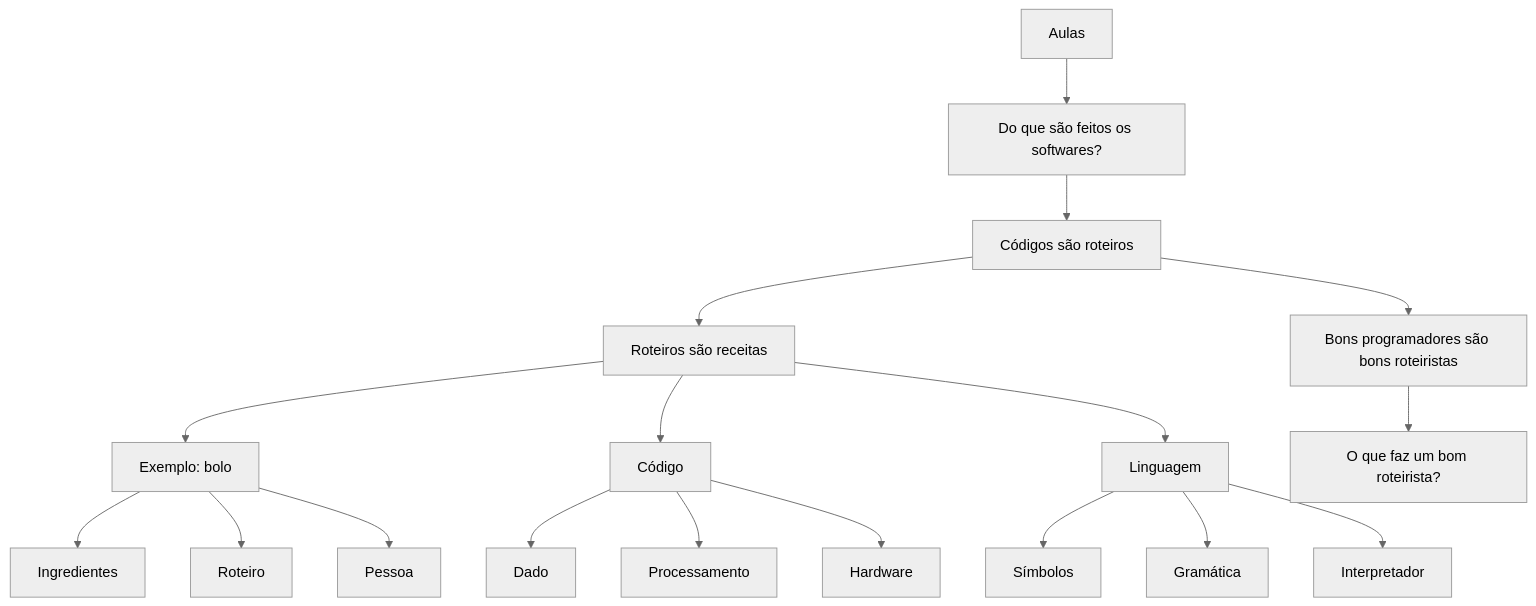
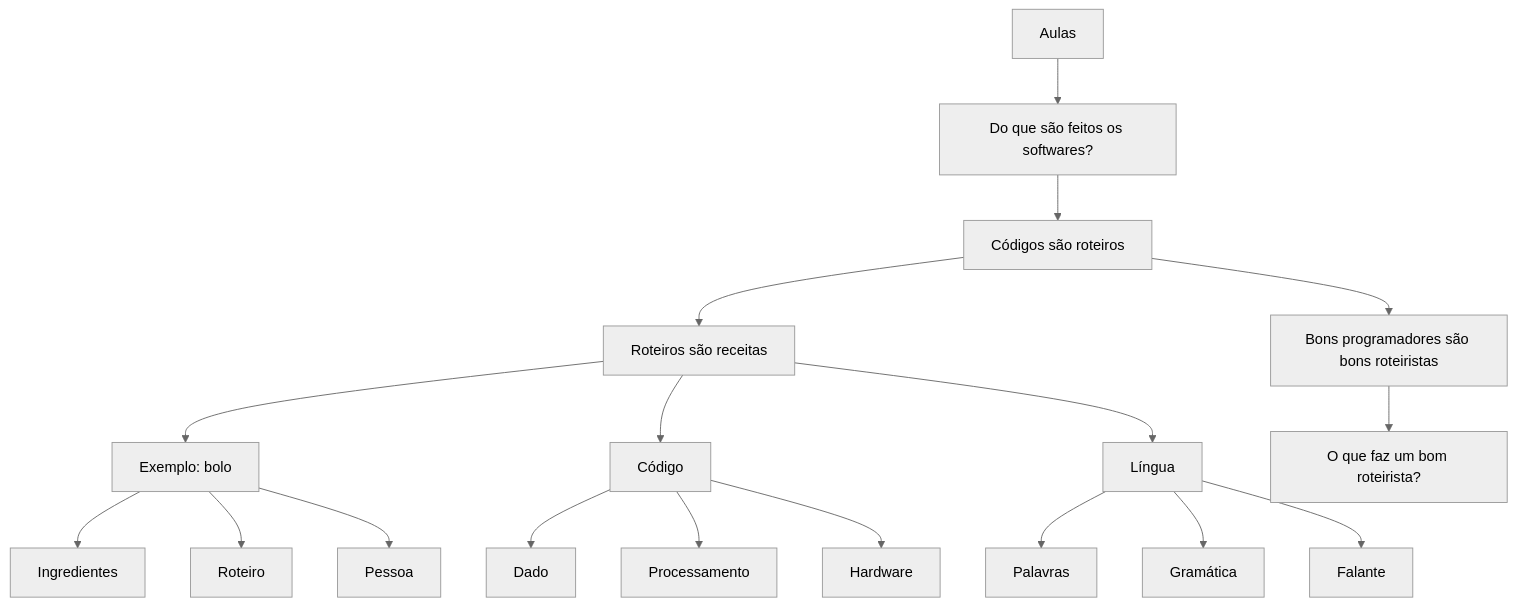
The diagram in aulas/README.md (laerciogermano/workstation), drawn with Mermaid (neutral theme) before and after one commit. The commit also changed other lines of this file, not shown here.

Commit message:
Corrige o ramo para língua falada: Palavras, Gramática e Falante.

````diff
--- a/aulas/README.md
+++ b/aulas/README.md
@@ -3,38 +3,38 @@
 ```mermaid
 flowchart TD
   A[Aulas]
   B[Do que são feitos os softwares?]
   C[Códigos são roteiros]
   D[Roteiros são receitas]
   DX[Exemplo: bolo]
   D1[Ingredientes]
   D2[Roteiro]
   D3[Pessoa]
   CG[Código]
   CG1[Dado]
   CG2[Processamento]
   CG3[Hardware]
-  LG[Linguagem]
-  LG1[Símbolos]
+  LG[Língua]
+  LG1[Palavras]
   LG2[Gramática]
-  LG3[Interpretador]
+  LG3[Falante]
   E[Bons programadores são bons roteiristas]
   F[O que faz um bom roteirista?]
   A --> B
   B --> C
   C --> D
   C --> E
   E --> F
   D --> DX
   D --> CG
   D --> LG
   DX --> D1
   DX --> D2
   DX --> D3
   CG --> CG1
   CG --> CG2
   CG --> CG3
   LG --> LG1
   LG --> LG2
   LG --> LG3
 ```
````
